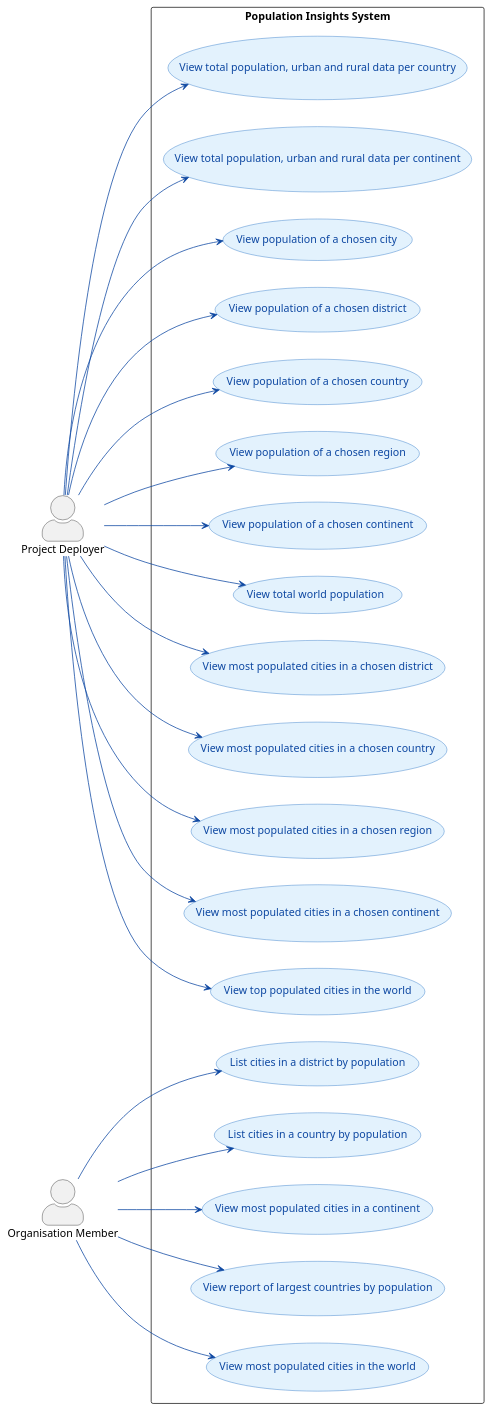
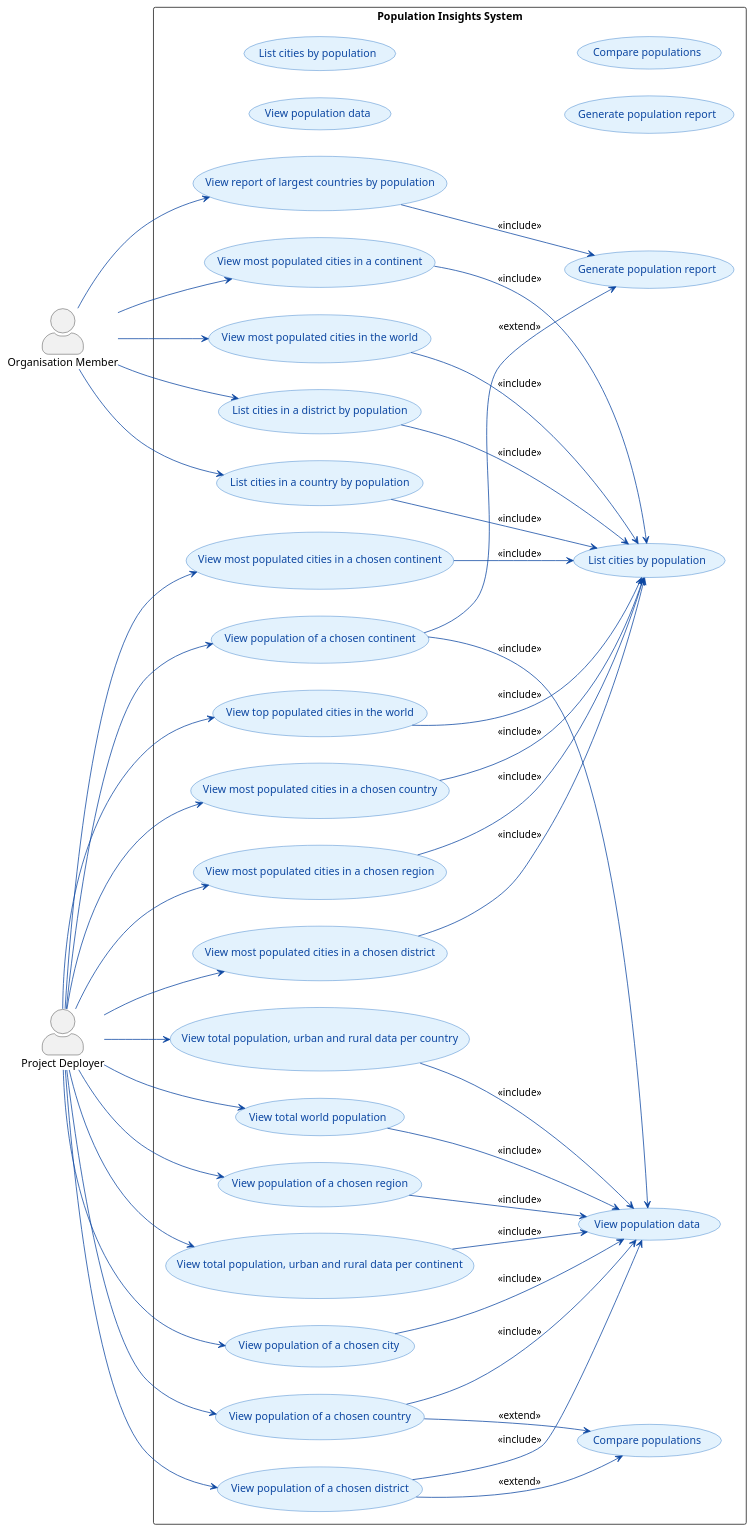
Before and after one commit to SEM-FRI-1108/devops: the diagram in PlantUML Diagram.puml, drawn with PlantUML.

Commit message:
Updated the PlantUML Diagram

```diff
--- a/PlantUML Diagram.puml
+++ b/PlantUML Diagram.puml
@@ -1,41 +1,98 @@
 @startuml
 left to right direction
 skinparam actorStyle awesome
 skinparam usecase {
   BackgroundColor #E3F2FD
   BorderColor #1565C0
   ArrowColor #0D47A1
   FontColor #0D47A1
 }
 
 actor "Project Deployer" as PD
 actor "Organisation Member" as OM
 
 rectangle "Population Insights System" {
 
+  ' ===== Common Core Use Cases =====
+  (View population data) as VPD
+  (List cities by population) as LCP
+  (Generate population report) as GPR
+  (Compare populations) as CP
+
   ' ===== Project Deployer Use Cases =====
-  PD --> (View total population, urban and rural data per country)
-  PD --> (View total population, urban and rural data per continent)
-  PD --> (View population of a chosen city)
-  PD --> (View population of a chosen district)
-  PD --> (View population of a chosen country)
-  PD --> (View population of a chosen region)
-  PD --> (View population of a chosen continent)
-  PD --> (View total world population)
+  (View total world population) as VWP
+  (View population of a chosen continent) as VPC
+  (View population of a chosen region) as VPR
+  (View population of a chosen country) as VPCTRY
+  (View population of a chosen district) as VPDIST
+  (View population of a chosen city) as VPCITY
 
-  PD --> (View most populated cities in a chosen district)
-  PD --> (View most populated cities in a chosen country)
-  PD --> (View most populated cities in a chosen region)
-  PD --> (View most populated cities in a chosen continent)
-  PD --> (View top populated cities in the world)
+  (View total population, urban and rural data per country) as TPUC
+  (View total population, urban and rural data per continent) as TPUCN
+
+  (View most populated cities in a chosen district) as MPCDIST
+  (View most populated cities in a chosen country) as MPCCNTRY
+  (View most populated cities in a chosen region) as MPCREG
+  (View most populated cities in a chosen continent) as MPCCONT
+  (View top populated cities in the world) as MPCWORLD
 
   ' ===== Organisation Member Use Cases =====
-  OM --> (List cities in a district by population)
-  OM --> (List cities in a country by population)
-  OM --> (View most populated cities in a continent)
-  OM --> (View report of largest countries by population)
-  OM --> (View most populated cities in the world)
+  (List cities in a district by population) as LCD
+  (List cities in a country by population) as LCC
+  (View most populated cities in a continent) as MPCONT
+  (View report of largest countries by population) as RLCP
+  (View most populated cities in the world) as MPCW
+
+  ' ====== Relationships for Project Deployer ======
+  PD --> TPUC
+  PD --> TPUCN
+  PD --> VPCITY
+  PD --> VPDIST
+  PD --> VPCTRY
+  PD --> VPR
+  PD --> VPC
+  PD --> VWP
+
+  PD --> MPCDIST
+  PD --> MPCCNTRY
+  PD --> MPCREG
+  PD --> MPCCONT
+  PD --> MPCWORLD
+
+  ' Include relationships (shared logic)
+  TPUC --> (View population data) : <<include>>
+  TPUCN --> (View population data) : <<include>>
+  VPCITY --> (View population data) : <<include>>
+  VPDIST --> (View population data) : <<include>>
+  VPCTRY --> (View population data) : <<include>>
+  VPR --> (View population data) : <<include>>
+  VPC --> (View population data) : <<include>>
+  VWP --> (View population data) : <<include>>
+
+  MPCDIST --> (List cities by population) : <<include>>
+  MPCCNTRY --> (List cities by population) : <<include>>
+  MPCREG --> (List cities by population) : <<include>>
+  MPCCONT --> (List cities by population) : <<include>>
+  MPCWORLD --> (List cities by population) : <<include>>
+
+  ' Optional extensions
+  VPDIST --> (Compare populations) : <<extend>>
+  VPCTRY --> (Compare populations) : <<extend>>
+  VPC --> (Generate population report) : <<extend>>
+
+  ' ====== Relationships for Organisation Member ======
+  OM --> LCD
+  OM --> LCC
+  OM --> MPCONT
+  OM --> RLCP
+  OM --> MPCW
+
+  LCD --> (List cities by population) : <<include>>
+  LCC --> (List cities by population) : <<include>>
+  MPCONT --> (List cities by population) : <<include>>
+  RLCP --> (Generate population report) : <<include>>
+  MPCW --> (List cities by population) : <<include>>
 
 }
 
 @enduml
```
